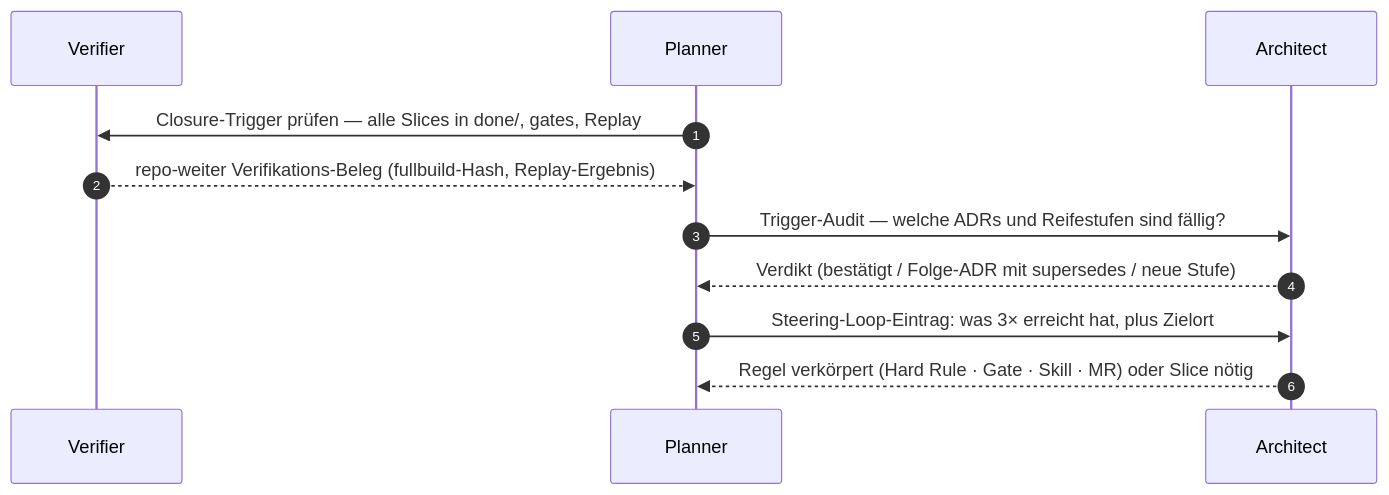
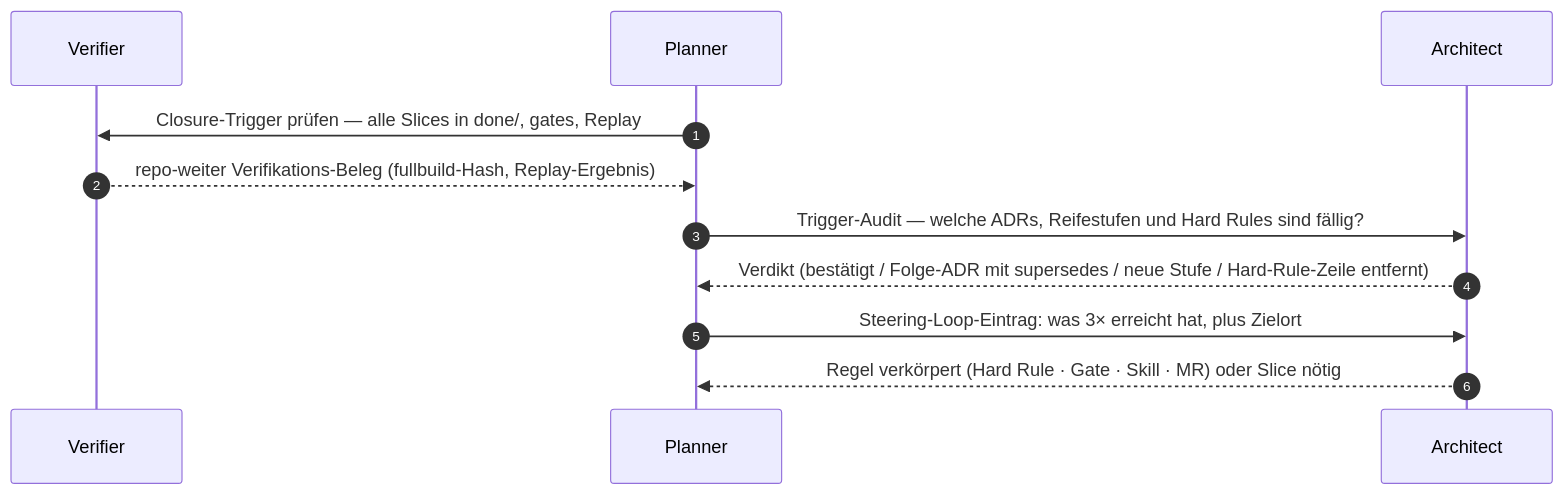
The second of 3 diagrams in kurs/de/03-agenten/modul-08-agentenrollen.md (pt9912/ai-harness-course), drawn with Mermaid before and after one commit. The commit also changed other lines of this file and 8 other files, not shown here.

````diff
--- a/kurs/de/03-agenten/modul-08-agentenrollen.md
+++ b/kurs/de/03-agenten/modul-08-agentenrollen.md
@@ -105,14 +105,14 @@
 ```mermaid
 sequenceDiagram
     autonumber
     participant Vf as Verifier
     participant P as Planner
     participant A as Architect
 
     P->>Vf: Closure-Trigger prüfen — alle Slices in done/, gates, Replay
     Vf-->>P: repo-weiter Verifikations-Beleg (fullbuild-Hash, Replay-Ergebnis)
-    P->>A: Trigger-Audit — welche ADRs und Reifestufen sind fällig?
-    A-->>P: Verdikt (bestätigt / Folge-ADR mit supersedes / neue Stufe)
+    P->>A: Trigger-Audit — welche ADRs, Reifestufen und Hard Rules sind fällig?
+    A-->>P: Verdikt (bestätigt / Folge-ADR mit supersedes / neue Stufe / Hard-Rule-Zeile entfernt)
     P->>A: Steering-Loop-Eintrag: was 3× erreicht hat, plus Zielort
     A-->>P: Regel verkörpert (Hard Rule · Gate · Skill · MR) oder Slice nötig
 ```
````
